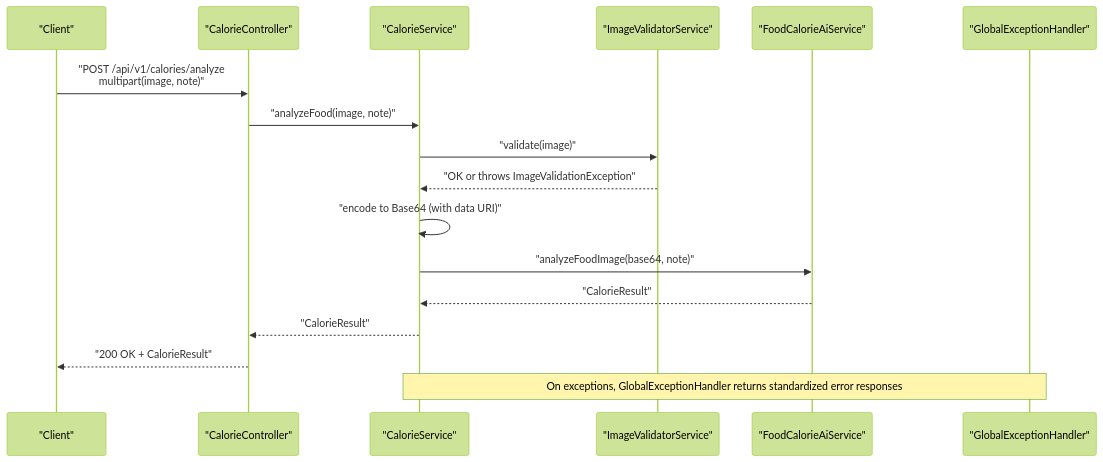
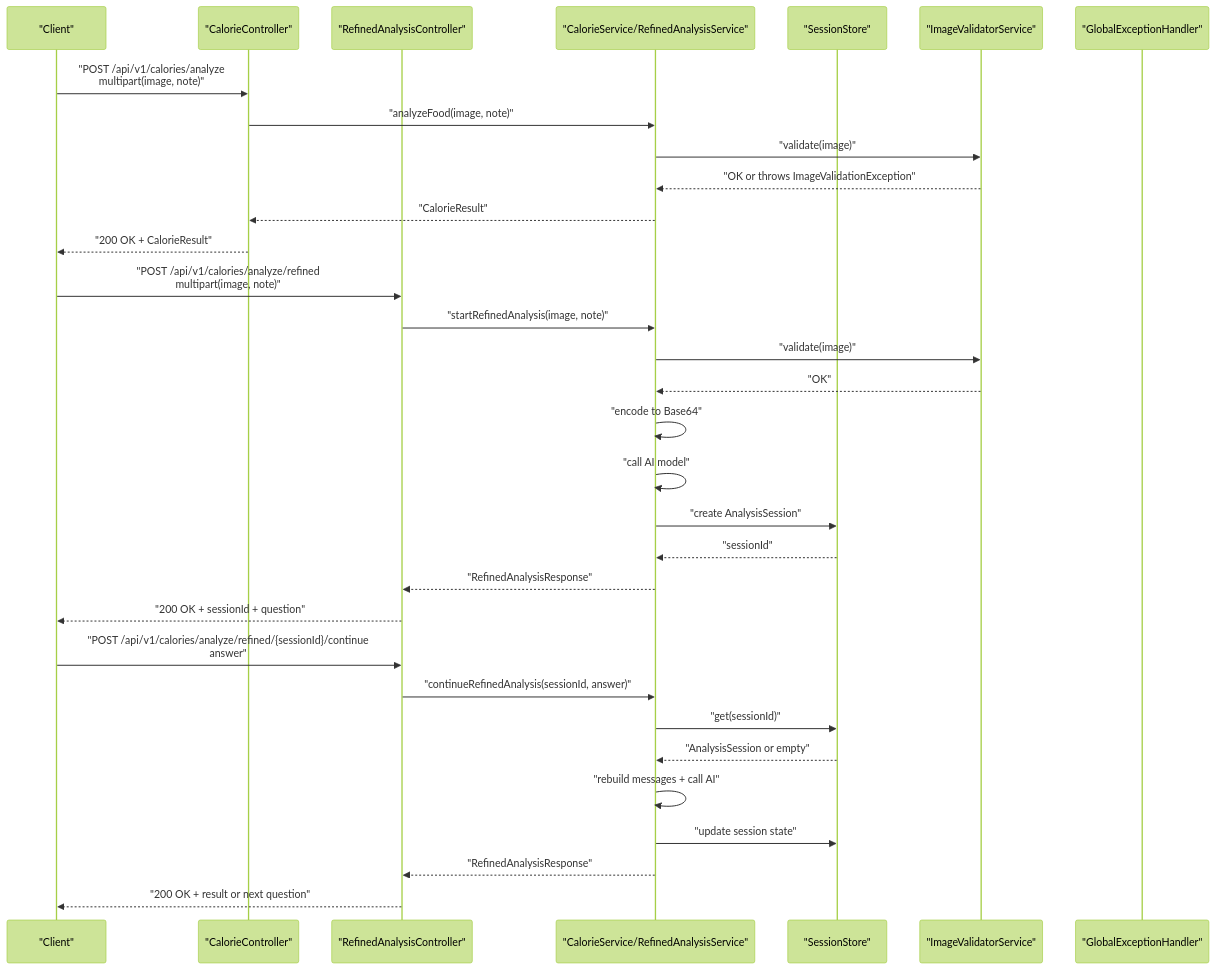
Before and after one commit to Meng-hh/heat_calculate: the second of 4 diagrams in .qoder/repowiki/en/content/API Reference.md, drawn with Mermaid (forest theme). The commit also changed other lines of this file and 25 other files, not shown here.

````diff
--- a/.qoder/repowiki/en/content/API Reference.md
+++ b/.qoder/repowiki/en/content/API Reference.md
@@ -84,19 +110,34 @@
 ```mermaid
 sequenceDiagram
 participant Client as "Client"
-participant Controller as "CalorieController"
-participant Service as "CalorieService"
+participant Basic as "CalorieController"
+participant Ref as "RefinedAnalysisController"
+participant Service as "CalorieService/RefinedAnalysisService"
+participant Session as "SessionStore"
 participant Validator as "ImageValidatorService"
-participant AIService as "FoodCalorieAiService"
 participant Handler as "GlobalExceptionHandler"
-Client->>Controller : "POST /api/v1/calories/analyze<br/>multipart(image, note)"
-Controller->>Service : "analyzeFood(image, note)"
+Client->>Basic : "POST /api/v1/calories/analyze<br/>multipart(image, note)"
+Basic->>Service : "analyzeFood(image, note)"
 Service->>Validator : "validate(image)"
 Validator-->>Service : "OK or throws ImageValidationException"
-Service->>Service : "encode to Base64 (with data URI)"
-Service->>AIService : "analyzeFoodImage(base64, note)"
-AIService-->>Service : "CalorieResult"
-Service-->>Controller : "CalorieResult"
-Controller-->>Client : "200 OK + CalorieResult"
-Note over Service,Handler : On exceptions, GlobalExceptionHandler returns standardized error responses
+Service-->>Basic : "CalorieResult"
+Basic-->>Client : "200 OK + CalorieResult"
+Client->>Ref : "POST /api/v1/calories/analyze/refined<br/>multipart(image, note)"
+Ref->>Service : "startRefinedAnalysis(image, note)"
+Service->>Validator : "validate(image)"
+Validator-->>Service : "OK"
+Service->>Service : "encode to Base64"
+Service->>Service : "call AI model"
+Service->>Session : "create AnalysisSession"
+Session-->>Service : "sessionId"
+Service-->>Ref : "RefinedAnalysisResponse"
+Ref-->>Client : "200 OK + sessionId + question"
+Client->>Ref : "POST /api/v1/calories/analyze/refined/{sessionId}/continue<br/>answer"
+Ref->>Service : "continueRefinedAnalysis(sessionId, answer)"
+Service->>Session : "get(sessionId)"
+Session-->>Service : "AnalysisSession or empty"
+Service->>Service : "rebuild messages + call AI"
+Service->>Session : "update session state"
+Service-->>Ref : "RefinedAnalysisResponse"
+Ref-->>Client : "200 OK + result or next question"
 ```
````
